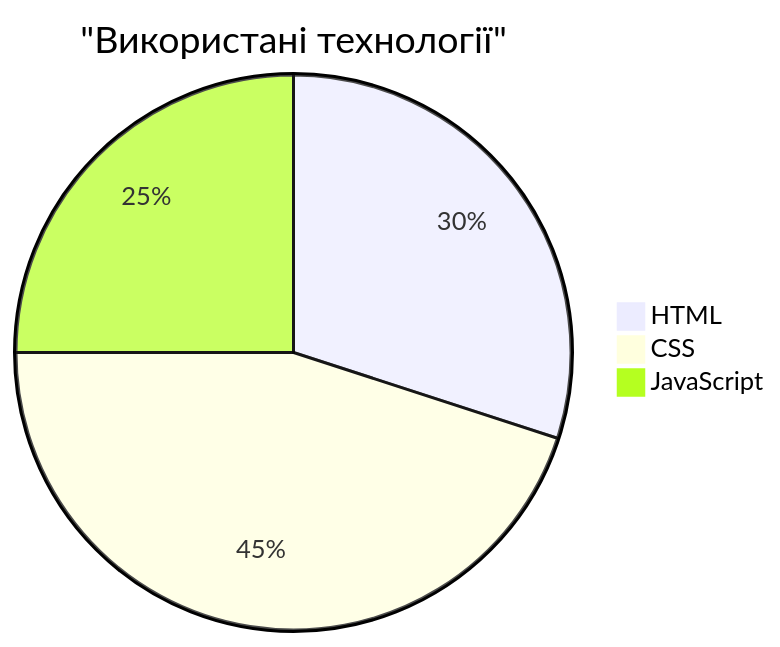
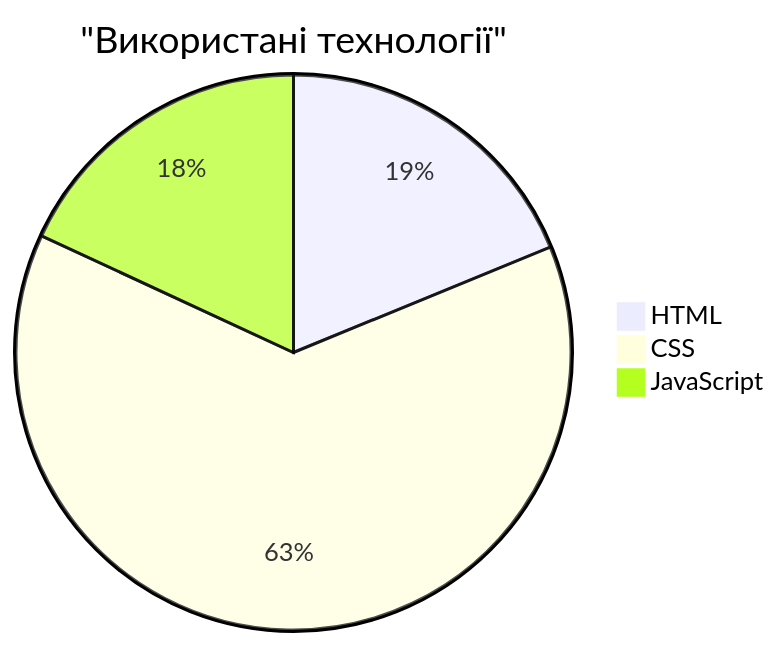
The second of 2 diagrams in README.md (TeslenkoPavlo/SE-practice), drawn with Mermaid before and after one commit.

````diff
--- a/README.md
+++ b/README.md
@@ -29,7 +29,7 @@
 ```mermaid
 pie
     title "Використані технології"
-    "HTML" : 30
-    "CSS" : 45
-    "JavaScript" : 25
+    "HTML" : 18.8
+    "CSS" : 63.1
+    "JavaScript" : 18.1
 ```
````
